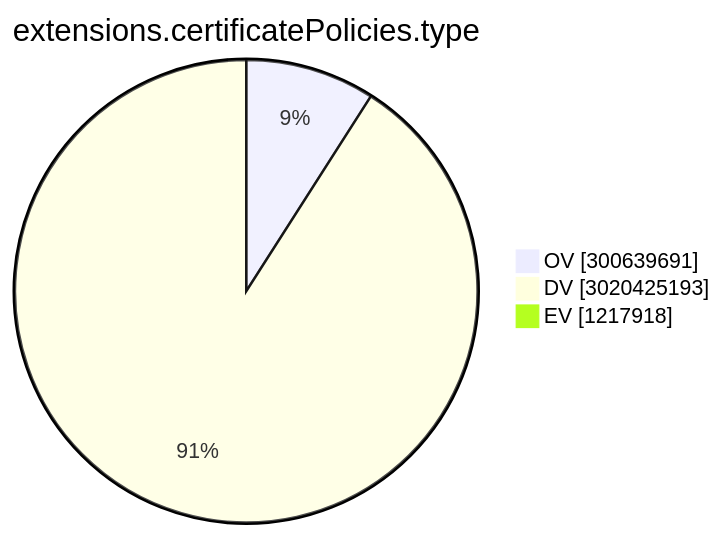
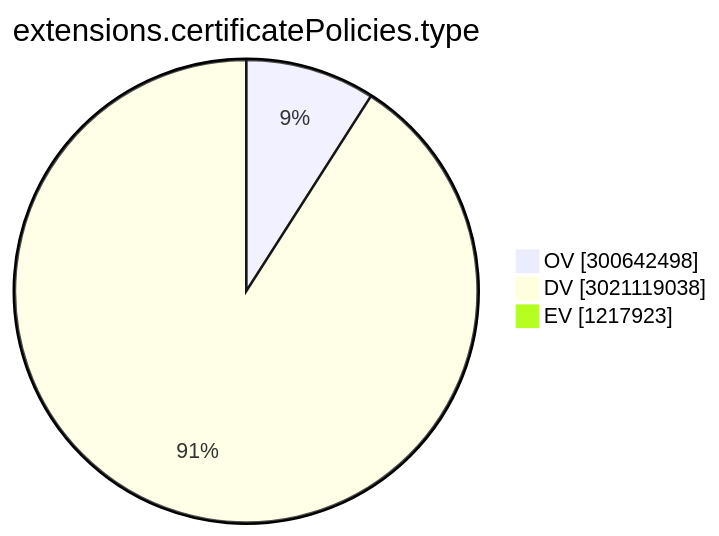
Before and after one commit to christiankrug/ctmonitor_visualization: the ninth of 15 diagrams in TOTAL/README.md, drawn with Mermaid. The commit also changed other lines of this file, not shown here.

````diff
--- a/TOTAL/README.md
+++ b/TOTAL/README.md
@@ -3102,7 +3102,7 @@
 ```mermaid
 pie showData
 title extensions.certificatePolicies.type
-"OV" :300639691
-"DV" :3020425193
-"EV" :1217918
+"OV" :300642498
+"DV" :3021119038
+"EV" :1217923
 ```
````
